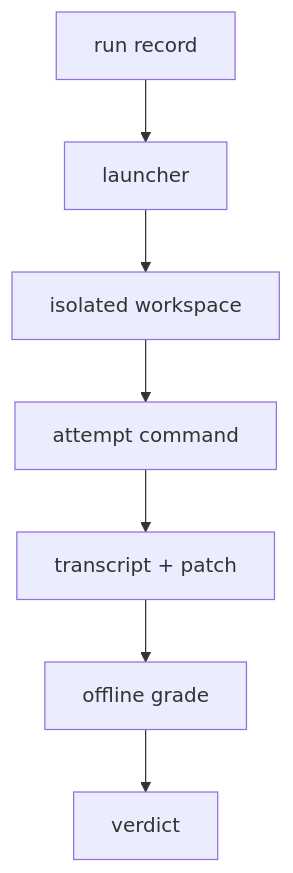
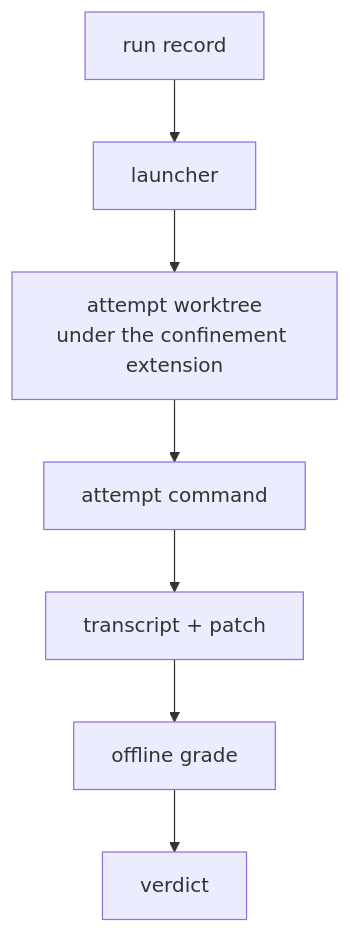
Before and after one commit to pauleveritt/satyrn-evals: the diagram in site/evals-architecture.md, drawn with Mermaid. The commit also changed other lines of this file and 2 other files, not shown here.

First line of the commit message:
site: architecture page describes the cell under confinement, not an isolated workspace

````diff
--- a/site/evals-architecture.md
+++ b/site/evals-architecture.md
@@ -23,9 +29,9 @@
 ```mermaid
 flowchart TB
   R[run record] --> L[launcher]
-  L --> W[isolated workspace]
+  L --> W[attempt worktree<br/>under the confinement extension]
   W --> A[attempt command]
   A --> T[transcript + patch]
   T --> G[offline grade]
   G --> V[verdict]
 ```
````
